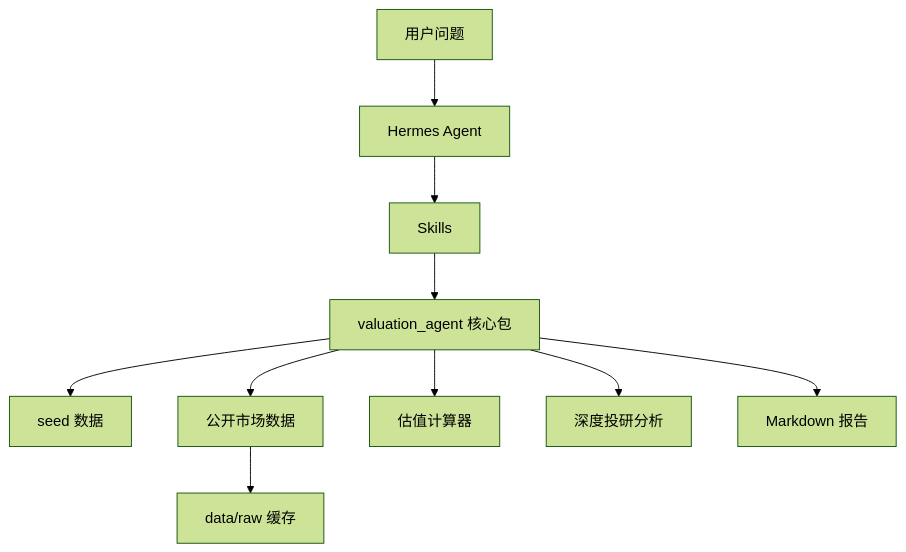
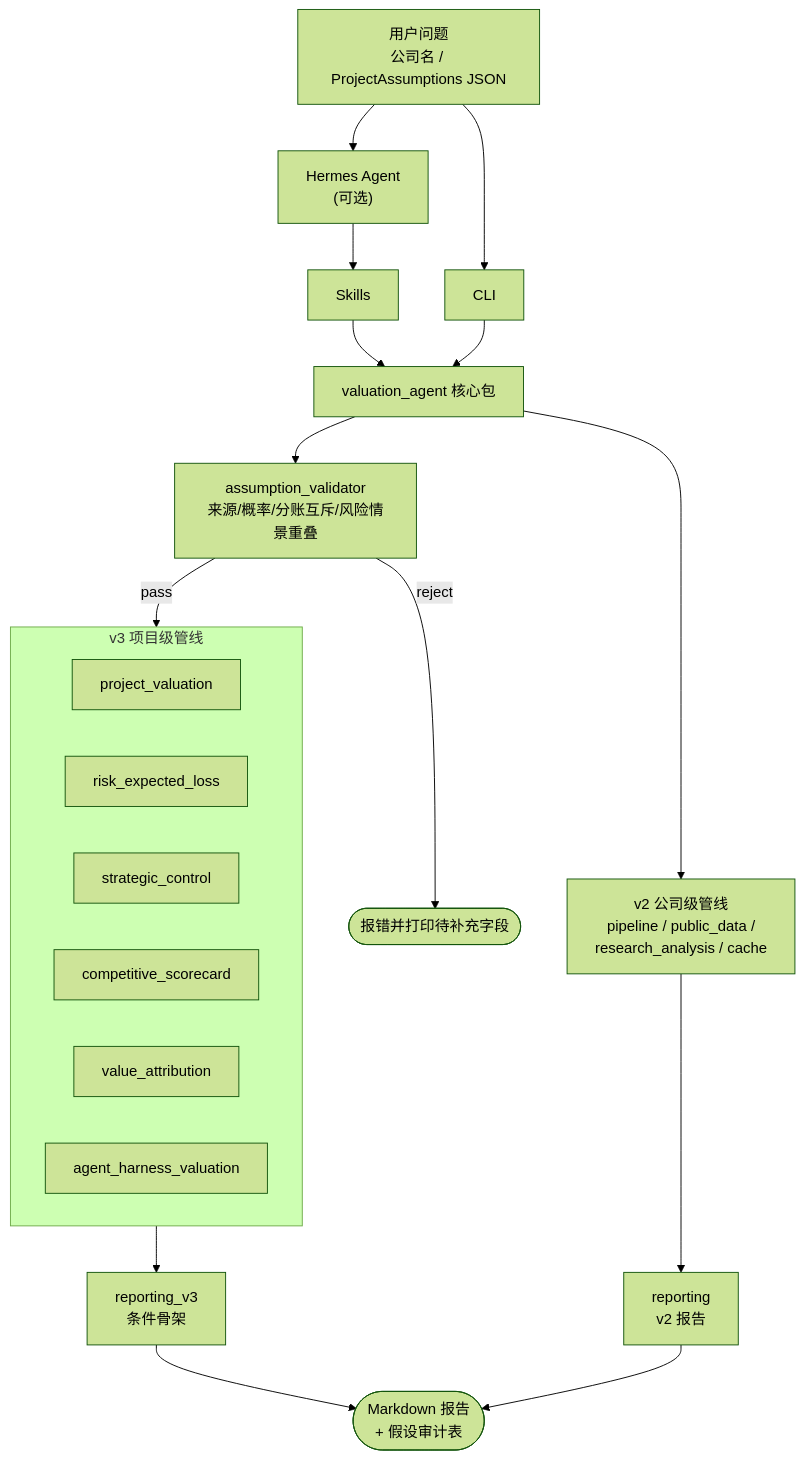
Before and after one commit to zhanglunet/valuation-agent: the diagram in docs/ARCHITECTURE.md, drawn with Mermaid (forest theme). The commit also changed other lines of this file and 56 other files, not shown here.

````diff
--- a/docs/ARCHITECTURE.md
+++ b/docs/ARCHITECTURE.md
@@ -3,12 +5,29 @@
 ```mermaid
 flowchart TD
-    User["用户问题"] --> Hermes["Hermes Agent"]
+    User["用户问题<br/>公司名 / ProjectAssumptions JSON"] --> Hermes["Hermes Agent<br/>(可选)"]
     Hermes --> Skills["Skills"]
+    User --> CLI["CLI"]
     Skills --> Core["valuation_agent 核心包"]
-    Core --> Seed["seed 数据"]
-    Core --> PublicData["公开市场数据"]
-    PublicData --> Cache["data/raw 缓存"]
-    Core --> Calc["估值计算器"]
-    Core --> Research["深度投研分析"]
-    Core --> Report["Markdown 报告"]
+    CLI --> Core
+
+    Core --> Validator["assumption_validator<br/>来源/概率/分账互斥/风险情景重叠"]
+    Validator -->|reject| Reject([报错并打印待补充字段])
+    Validator -->|pass| V3Pipe
+
+    subgraph V3Pipe["v3 项目级管线"]
+        Project["project_valuation"]
+        Risk["risk_expected_loss"]
+        Control["strategic_control"]
+        Comp["competitive_scorecard"]
+        Attr["value_attribution"]
+        Agent["agent_harness_valuation"]
+    end
+
+    Core --> V2Pipe["v2 公司级管线<br/>pipeline / public_data /<br/>research_analysis / cache"]
+
+    V3Pipe --> RepV3["reporting_v3<br/>条件骨架"]
+    V2Pipe --> Reporting["reporting<br/>v2 报告"]
+
+    RepV3 --> Markdown(["Markdown 报告<br/>+ 假设审计表"])
+    Reporting --> Markdown
 ```
````
